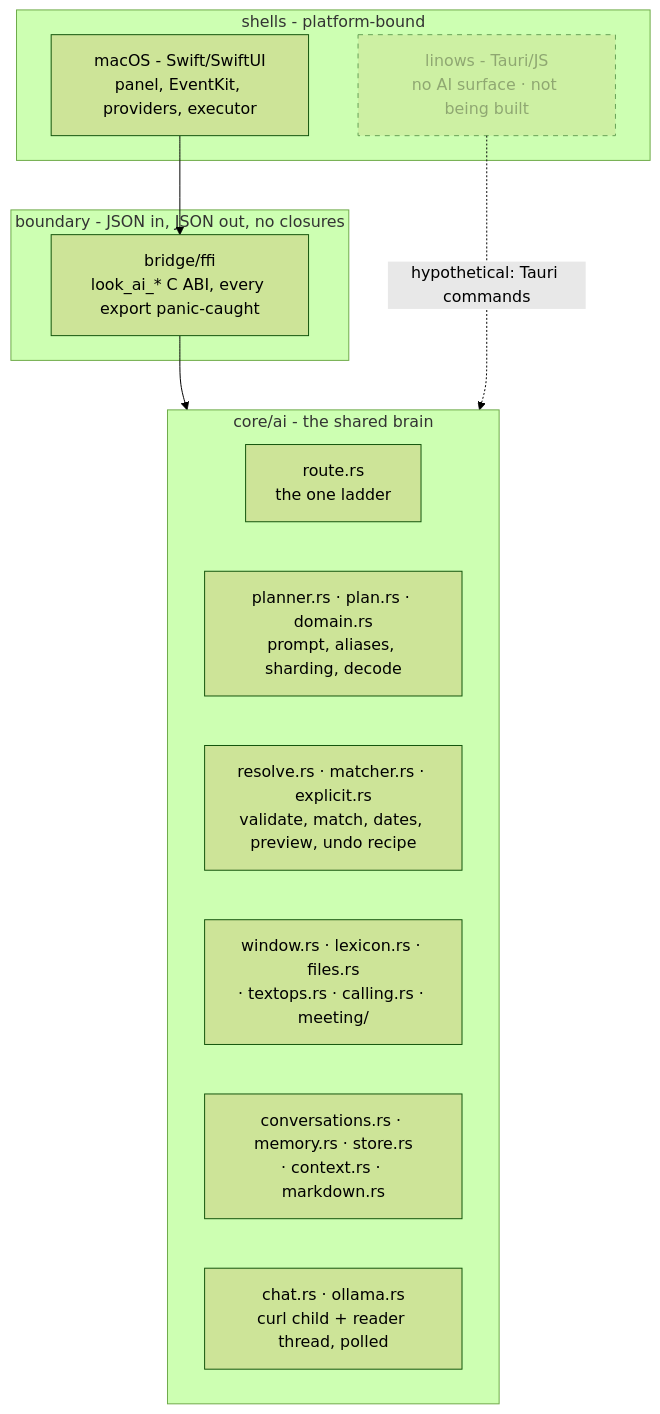
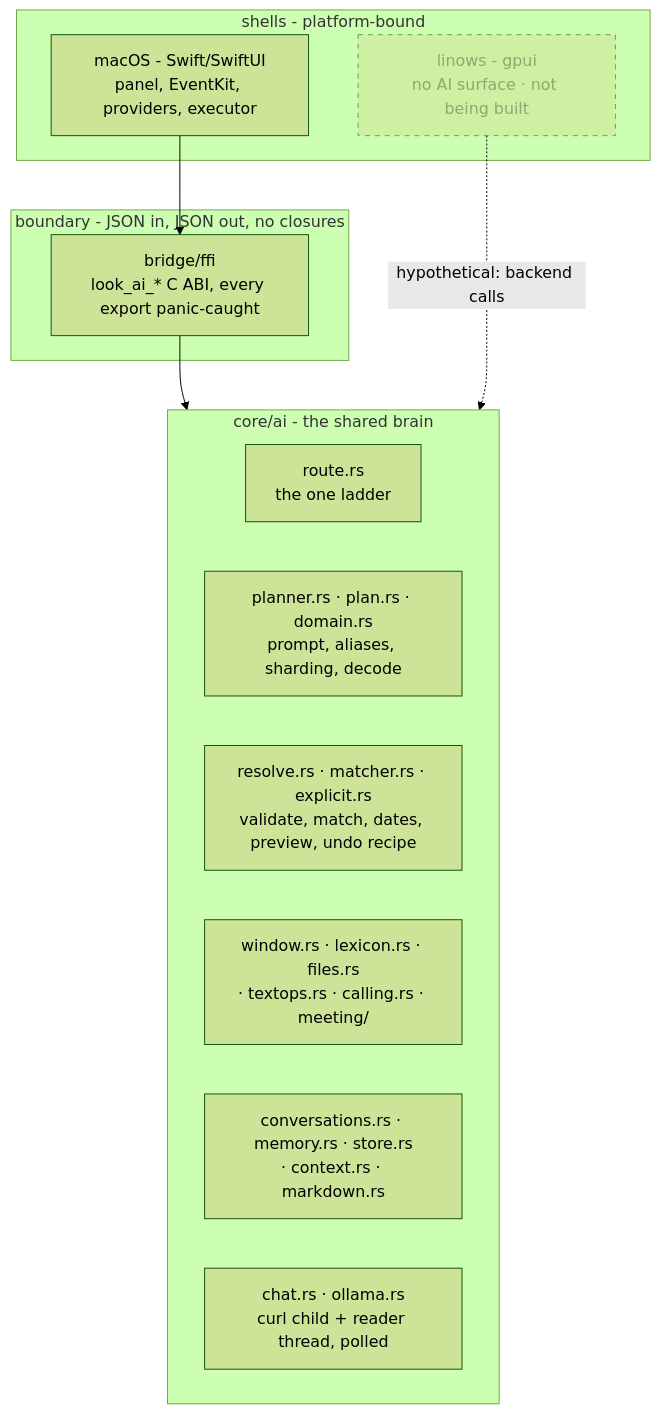
One commit to kunkka19xx/look changed the first of 5 diagrams in docs/ai-architecture.md. Above: the diagram before and after it, drawn with Mermaid (forest theme). The commit also changed other lines of this file and 8 other files, not shown here.

````diff
--- a/docs/ai-architecture.md
+++ b/docs/ai-architecture.md
@@ -17,26 +17,26 @@
 ```mermaid
 flowchart TB
     subgraph shells["shells - platform-bound"]
         SW["macOS - Swift/SwiftUI<br/>panel, EventKit, providers, executor"]
-        TA["linows - Tauri/JS<br/>no AI surface · not being built"]
+        TA["linows - gpui<br/>no AI surface · not being built"]
     end
 
     subgraph bound["boundary - JSON in, JSON out, no closures"]
         FFI["bridge/ffi<br/>look_ai_* C ABI, every export panic-caught"]
     end
 
     subgraph core["core/ai - the shared brain"]
         RT["route.rs<br/>the one ladder"]
         PLN["planner.rs · plan.rs · domain.rs<br/>prompt, aliases, sharding, decode"]
         RES["resolve.rs · matcher.rs · explicit.rs<br/>validate, match, dates, preview, undo recipe"]
         GR["window.rs · lexicon.rs · files.rs<br/>· textops.rs · calling.rs · meeting/"]
         ST["conversations.rs · memory.rs · store.rs<br/>· context.rs · markdown.rs"]
         TR["chat.rs · ollama.rs<br/>curl child + reader thread, polled"]
     end
 
     SW --> FFI --> core
-    TA -. "hypothetical: Tauri commands" .-> core
+    TA -. "hypothetical: backend calls" .-> core
 
     classDef unbuilt stroke-dasharray:5 5,opacity:0.55
     class TA unbuilt
 ```
````
